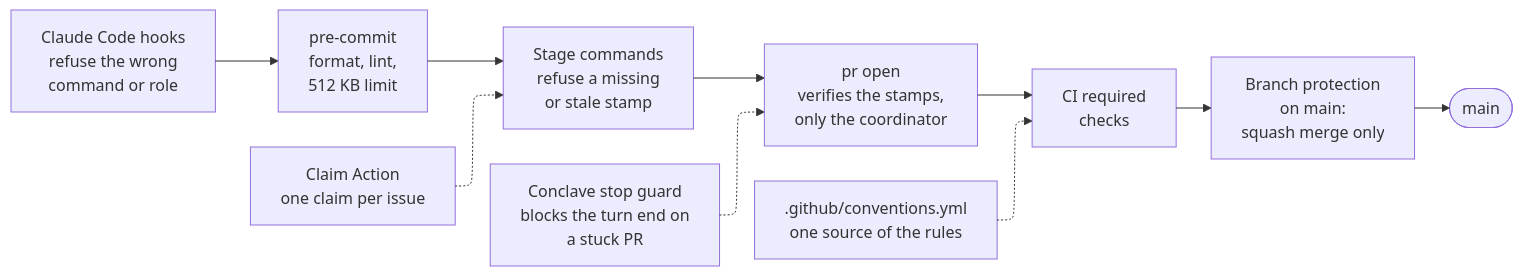
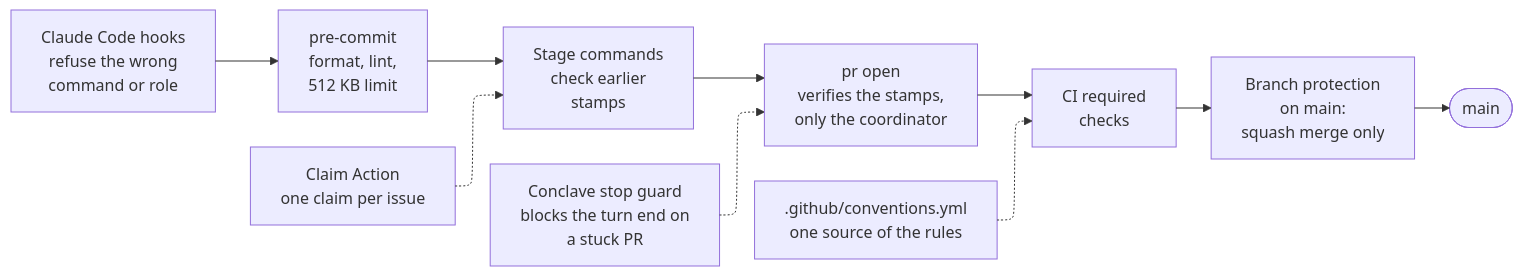
Before and after one commit to Ryubara/coney: the third of 3 diagrams in docs/guides/how-we-work.md, drawn with Mermaid. The commit also changed other lines of this file and 12 other files, not shown here.

````diff
--- a/docs/guides/how-we-work.md
+++ b/docs/guides/how-we-work.md
@@ -505,16 +508,16 @@
 ```mermaid
 ---
 config:
   layout: elk
 ---
 flowchart LR
   hooks["Claude Code hooks<br/>refuse the wrong<br/>command or role"] --> pre["pre-commit<br/>format, lint,<br/>512 KB limit"]
-  pre --> stamps["Stage commands<br/>refuse a missing<br/>or stale stamp"]
+  pre --> stamps["Stage commands<br/>check earlier<br/>stamps"]
   stamps --> push["pr open<br/>verifies the stamps,<br/>only the coordinator"]
   push --> ci["CI required<br/>checks"]
   ci --> rules["Branch protection<br/>on main:<br/>squash merge only"]
   rules --> main(["main"])
   claim["Claim Action<br/>one claim per issue"] -.-> stamps
   conclave["Conclave stop guard<br/>blocks the turn end on<br/>a stuck PR"] -.-> push
   conv[".github/conventions.yml<br/>one source of the rules"] -.-> ci
 ```
````
